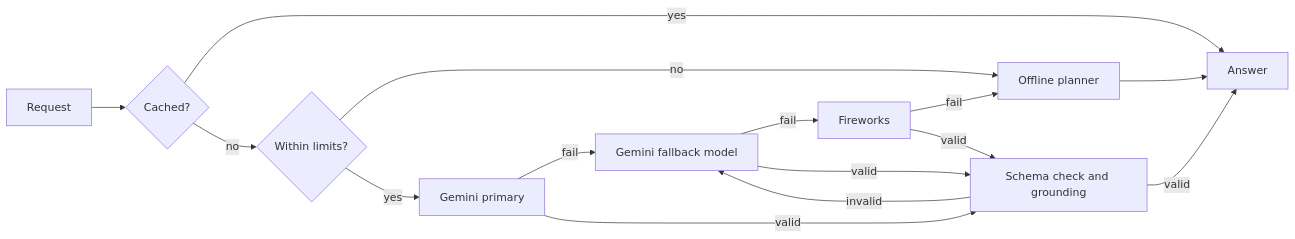
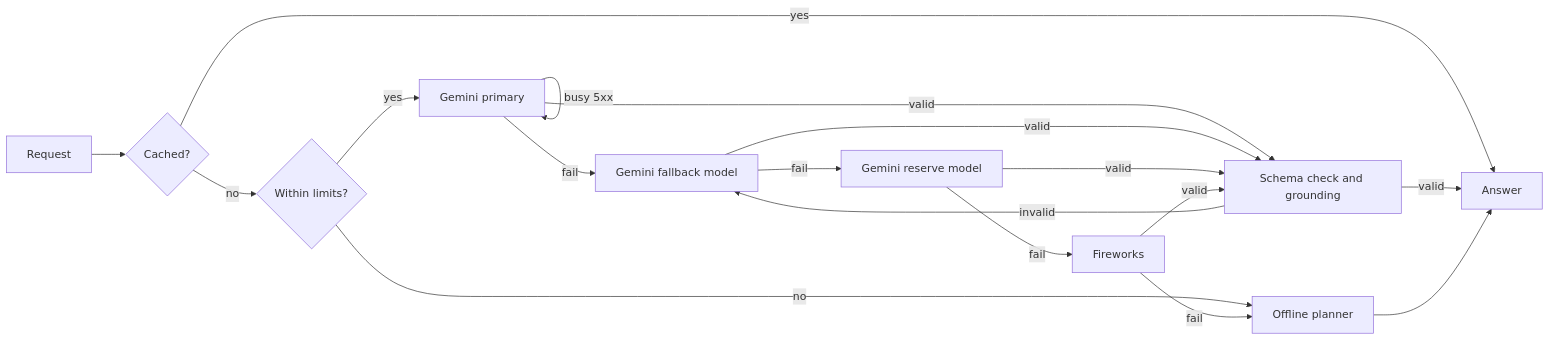
The diagram in README.md (ashfaque-rifaye/vayu-air-quality-assistant), drawn with Mermaid before and after one commit. The commit also changed other lines of this file and 14 other files, not shown here.

````diff
--- a/README.md
+++ b/README.md
@@ -118,15 +118,17 @@
 ```mermaid
 flowchart LR
     A[Request] --> B{Cached?}
     B -- yes --> Z[Answer]
     B -- no --> C{Within limits?}
     C -- no --> F[Offline planner]
     C -- yes --> D[Gemini primary]
+    D -- busy 5xx --> D
     D -- fail --> E[Gemini fallback model]
-    E -- fail --> G[Fireworks]
+    E -- fail --> R[Gemini reserve model]
+    R -- fail --> G[Fireworks]
     G -- fail --> F
-    D & E & G -- valid --> H[Schema check and grounding]
+    D & E & R & G -- valid --> H[Schema check and grounding]
     H -- invalid --> E
     H -- valid --> Z
     F --> Z
 ```
````
